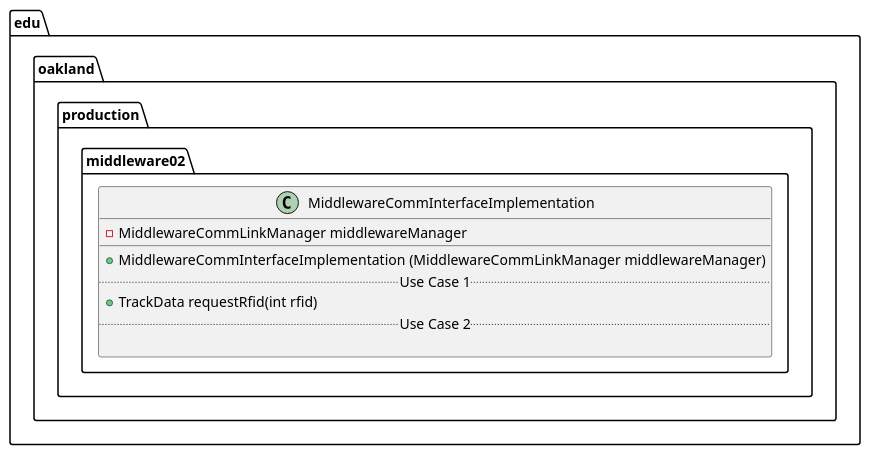
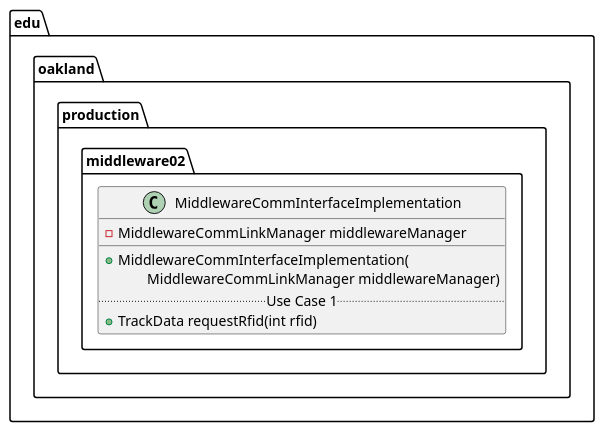
One commit to andrewdimmer/csi-3370-software-project changed the diagram in docs/uml-class-diagrams/middleware02/production/MiddlewareCommInterfaceImplementation/MiddlewareCommInterfaceImplementation.puml. Above: the diagram before and after it, drawn with PlantUML. The commit also changed 5 other files, not shown here.

First line of the commit message:
[Middleware_02] Moved Some Long UML Lines Onto Two

```diff
--- a/docs/uml-class-diagrams/middleware02/production/MiddlewareCommInterfaceImplementation/MiddlewareCommInterfaceImplementation.puml
+++ b/docs/uml-class-diagrams/middleware02/production/MiddlewareCommInterfaceImplementation/MiddlewareCommInterfaceImplementation.puml
@@ -1,15 +1,13 @@
 @startuml MiddlewareCommInterfaceImplementation
 
 package edu.oakland.production.middleware02 {
     class MiddlewareCommInterfaceImplementation {
         - MiddlewareCommLinkManager middlewareManager
         __
-        + MiddlewareCommInterfaceImplementation (MiddlewareCommLinkManager middlewareManager)
+        + MiddlewareCommInterfaceImplementation(
+        \tMiddlewareCommLinkManager middlewareManager)
         .. Use Case 1 ..
         + TrackData requestRfid(int rfid)
-        .. Use Case 2 ..
-
-    }
 }
 
 @enduml
```
